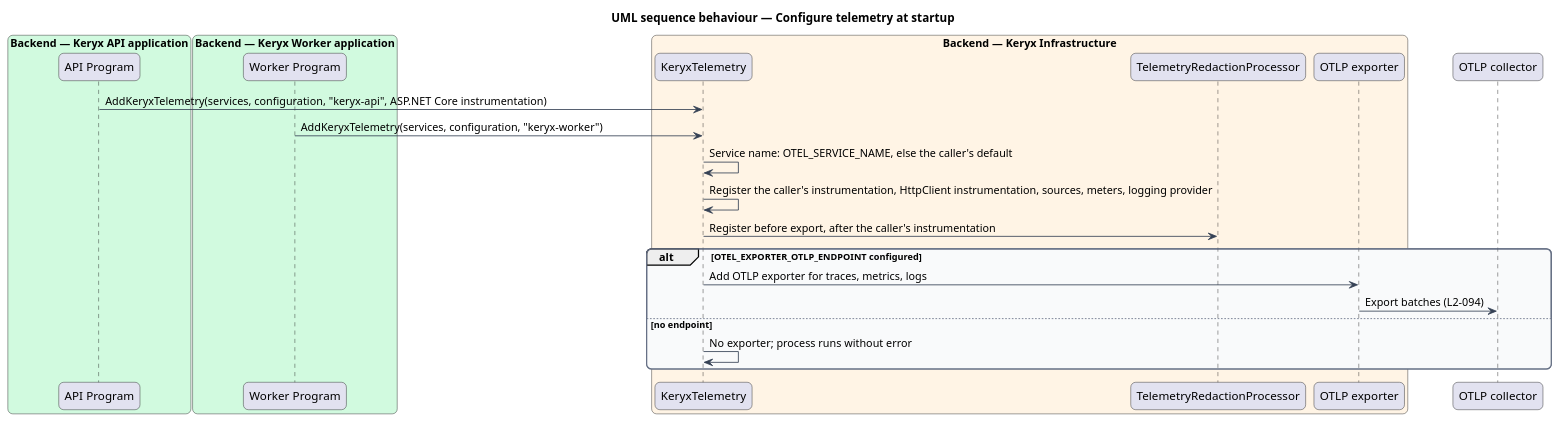
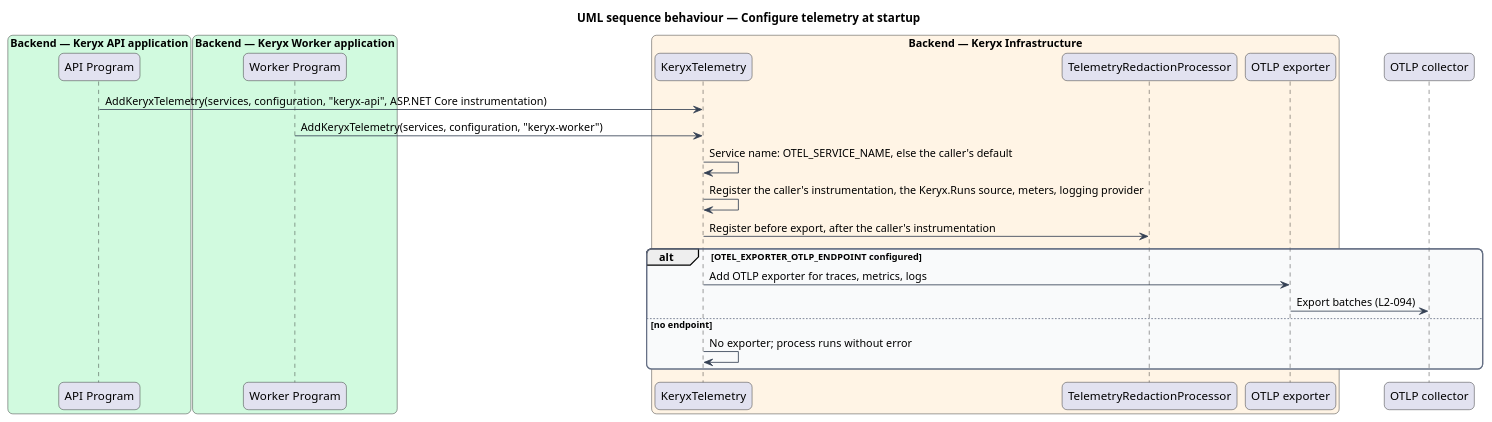
The diagram in docs/detailed-designs/operations/observe-the-system/diagrams/sequence-configure-telemetry.puml (QuinntyneBrown/keryx), drawn with PlantUML before and after one commit. The commit also changed 18 other files, not shown here.

```diff
--- a/docs/detailed-designs/operations/observe-the-system/diagrams/sequence-configure-telemetry.puml
+++ b/docs/detailed-designs/operations/observe-the-system/diagrams/sequence-configure-telemetry.puml
@@ -1,40 +1,40 @@
 @startuml
 title UML sequence behaviour — Configure telemetry at startup
 skinparam backgroundColor #FFFFFF
 skinparam shadowing false
 skinparam roundcorner 12
 skinparam defaultFontName Arial
 skinparam ArrowColor #344054
 skinparam rectangle {
   BorderColor #344054
   FontColor #101828
 }
 skinparam package {
   BorderColor #667085
   FontColor #101828
   BackgroundColor #F9FAFB
 }
 box "Backend — Keryx API application" #D1FADF
   participant "API Program" as prog
 end box
 box "Backend — Keryx Worker application" #D1FADF
   participant "Worker Program" as wprog
 end box
 box "Backend — Keryx Infrastructure" #FFF4E5
   participant "KeryxTelemetry" as setup
   participant "TelemetryRedactionProcessor" as red
   participant "OTLP exporter" as exp
 end box
 participant "OTLP collector" as otel
 prog -> setup : AddKeryxTelemetry(services, configuration, "keryx-api", ASP.NET Core instrumentation)
 wprog -> setup : AddKeryxTelemetry(services, configuration, "keryx-worker")
 setup -> setup : Service name: OTEL_SERVICE_NAME, else the caller's default
-setup -> setup : Register the caller's instrumentation, HttpClient instrumentation, sources, meters, logging provider
+setup -> setup : Register the caller's instrumentation, the Keryx.Runs source, meters, logging provider
 setup -> red : Register before export, after the caller's instrumentation
 alt OTEL_EXPORTER_OTLP_ENDPOINT configured
   setup -> exp : Add OTLP exporter for traces, metrics, logs
   exp -> otel : Export batches (L2-094)
 else no endpoint
   setup -> setup : No exporter; process runs without error
 end
 @enduml
```
